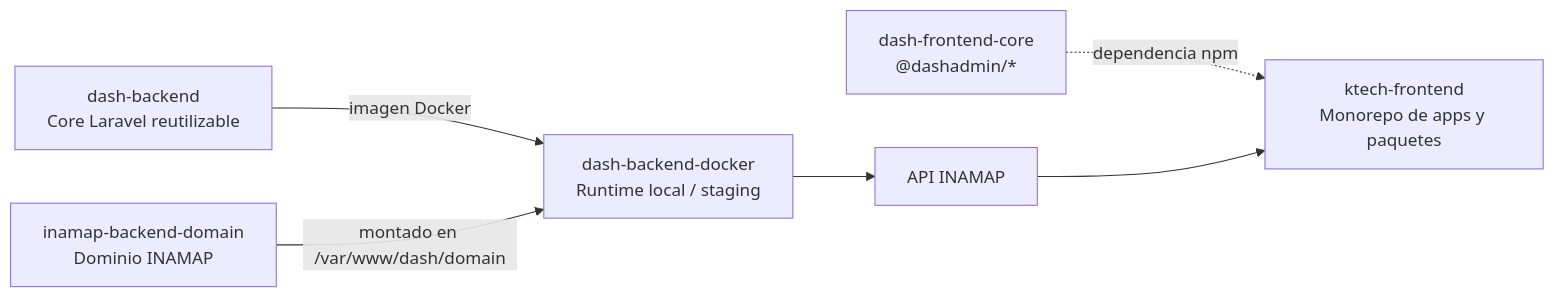
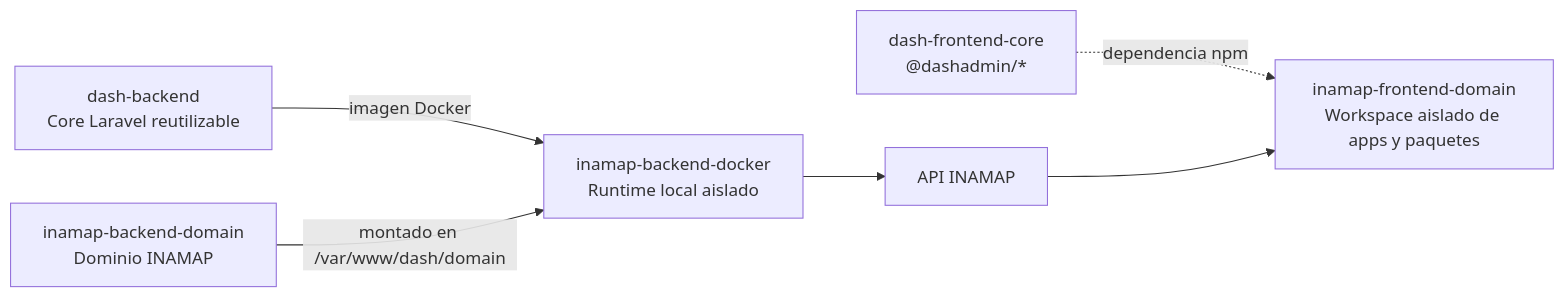
One commit to farandal/inamap-backend-domain changed the first of 21 diagrams in README.md. Above: the diagram before and after it, drawn with Mermaid. The commit also changed other lines of this file, not shown here.

First line of the commit message:
docs: finalize INAMAP domain specification

````diff
--- a/README.md
+++ b/README.md
@@ -191,14 +191,14 @@
 ```mermaid
 flowchart LR
     CORE["dash-backend<br/>Core Laravel reutilizable"]
     DOM["inamap-backend-domain<br/>Dominio INAMAP"]
-    RT["dash-backend-docker<br/>Runtime local / staging"]
-    FE["ktech-frontend<br/>Monorepo de apps y paquetes"]
+    RT["inamap-backend-docker<br/>Runtime local aislado"]
+    FE["inamap-frontend-domain<br/>Workspace aislado de apps y paquetes"]
     FW["dash-frontend-core<br/>@dashadmin/*"]
 
     CORE -->|"imagen Docker"| RT
     DOM -->|"montado en /var/www/dash/domain"| RT
     RT --> API["API INAMAP"]
     FW -.->|"dependencia npm"| FE
     API --> FE
 ```
````
